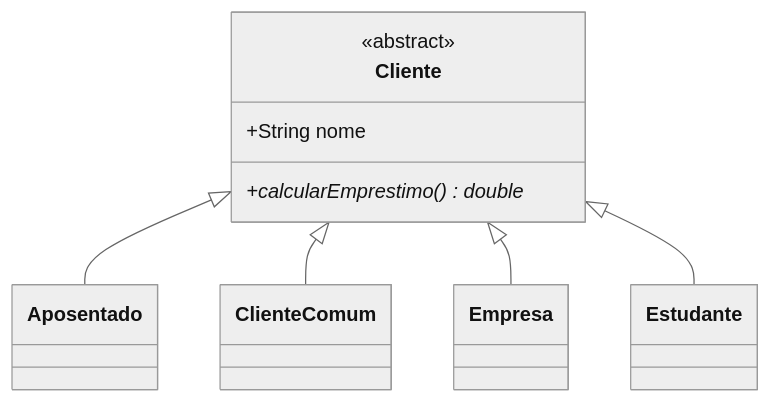
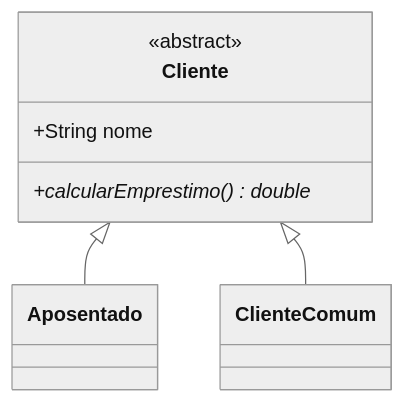
One commit to cleberkirch86/bertoti changed the first of 2 diagrams in padroes/strategy/DIAGRAMAS.md. Above: the diagram before and after it, drawn with Mermaid (neutral theme). The commit also changed other lines of this file and 10 other files, not shown here.

````diff
--- a/padroes/strategy/DIAGRAMAS.md
+++ b/padroes/strategy/DIAGRAMAS.md
@@ -6,12 +6,10 @@
 ```mermaid
 classDiagram
     class Cliente {
         <<abstract>>
         +String nome
         +calcularEmprestimo()* double
     }
     Cliente <|-- Aposentado
     Cliente <|-- ClienteComum
-    Cliente <|-- Empresa
-    Cliente <|-- Estudante
 ```
````
